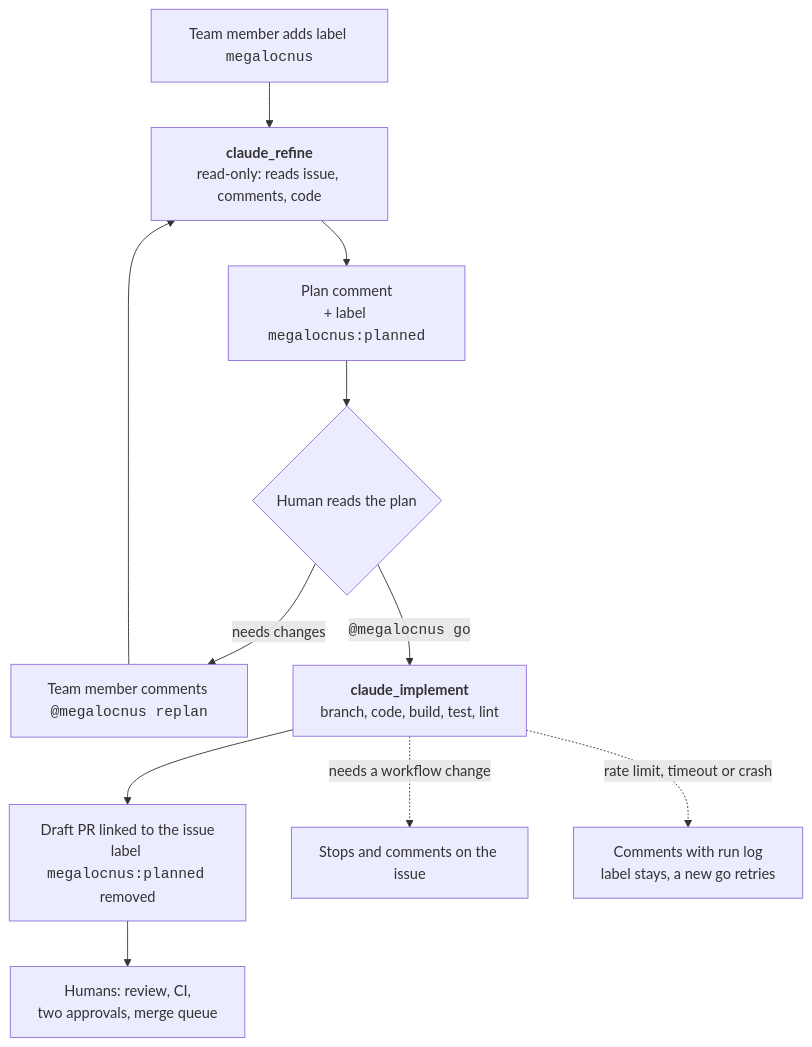
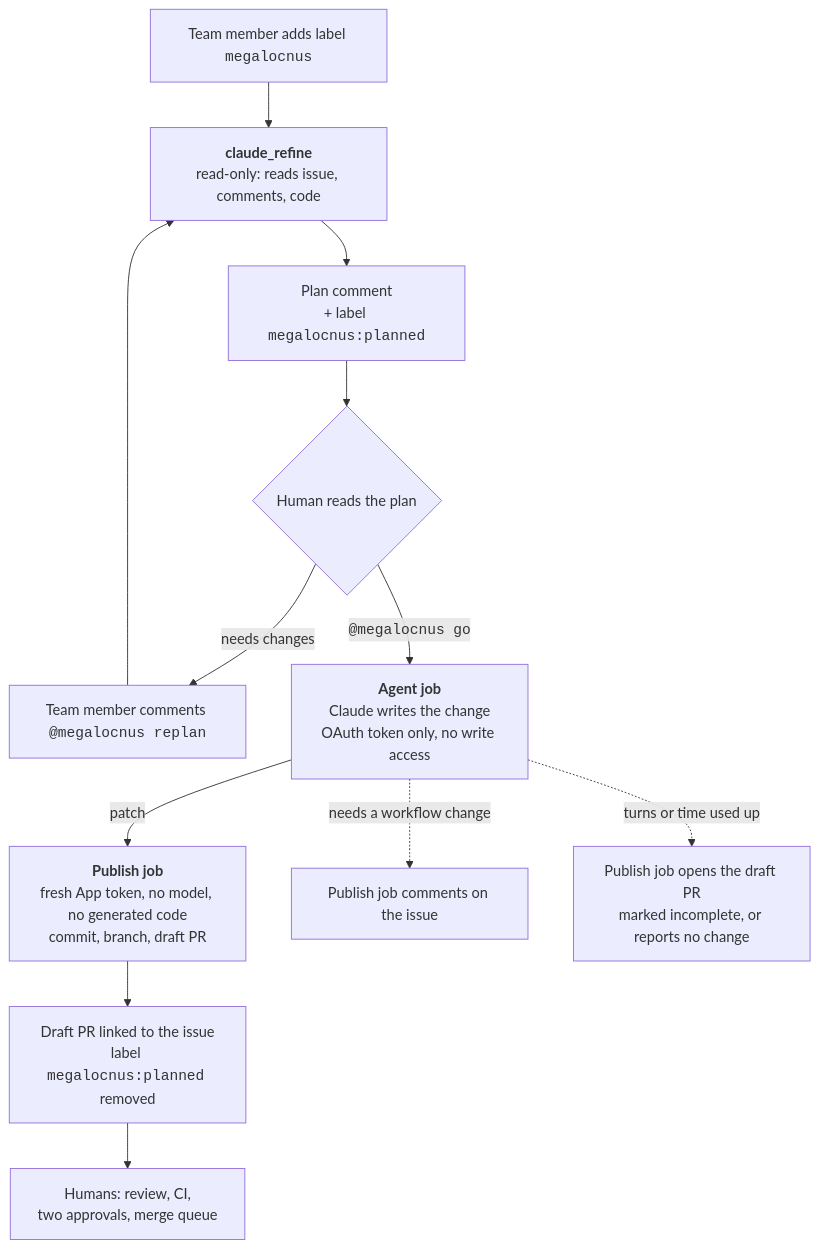
Before and after one commit to neicnordic/sensitive-data-archive: the diagram in docs/rfcs/0006-megalocnus-claude-coding-bot.md, drawn with Mermaid. The commit also changed other lines of this file, not shown here.

Commit message:
docs(rfc): split RFC-0006 implement into agent and publish jobs

````diff
--- a/docs/rfcs/0006-megalocnus-claude-coding-bot.md
+++ b/docs/rfcs/0006-megalocnus-claude-coding-bot.md
@@ -63,13 +63,14 @@
 ```mermaid
 flowchart TD
     label["Team member adds label <code>megalocnus</code>"] --> refine
     replan["Team member comments <code>@megalocnus replan</code>"] --> refine
     refine["<b>claude_refine</b><br/>read-only: reads issue, comments, code"] --> plan
     plan["Plan comment<br/>+ label <code>megalocnus:planned</code>"] --> human{"Human reads the plan"}
     human -- "needs changes" --> replan
-    human -- "<code>@megalocnus go</code>" --> implement
-    implement["<b>claude_implement</b><br/>branch, code, build, test, lint"] --> pr
-    implement -. "needs a workflow change" .-> stop["Stops and comments on the issue"]
-    implement -. "rate limit, timeout or crash" .-> retry["Comments with run log<br/>label stays, a new go retries"]
+    human -- "<code>@megalocnus go</code>" --> agent
+    agent["<b>Agent job</b><br/>Claude writes the change<br/>OAuth token only, no write access"] -- "patch" --> publish
+    publish["<b>Publish job</b><br/>fresh App token, no model, no generated code<br/>commit, branch, draft PR"] --> pr
+    agent -. "needs a workflow change" .-> stop["Publish job comments on the issue"]
+    agent -. "turns or time used up" .-> partial["Publish job opens the draft PR<br/>marked incomplete, or reports no change"]
     pr["Draft PR linked to the issue<br/>label <code>megalocnus:planned</code> removed"] --> review["Humans: review, CI,<br/>two approvals, merge queue"]
 ```
````
